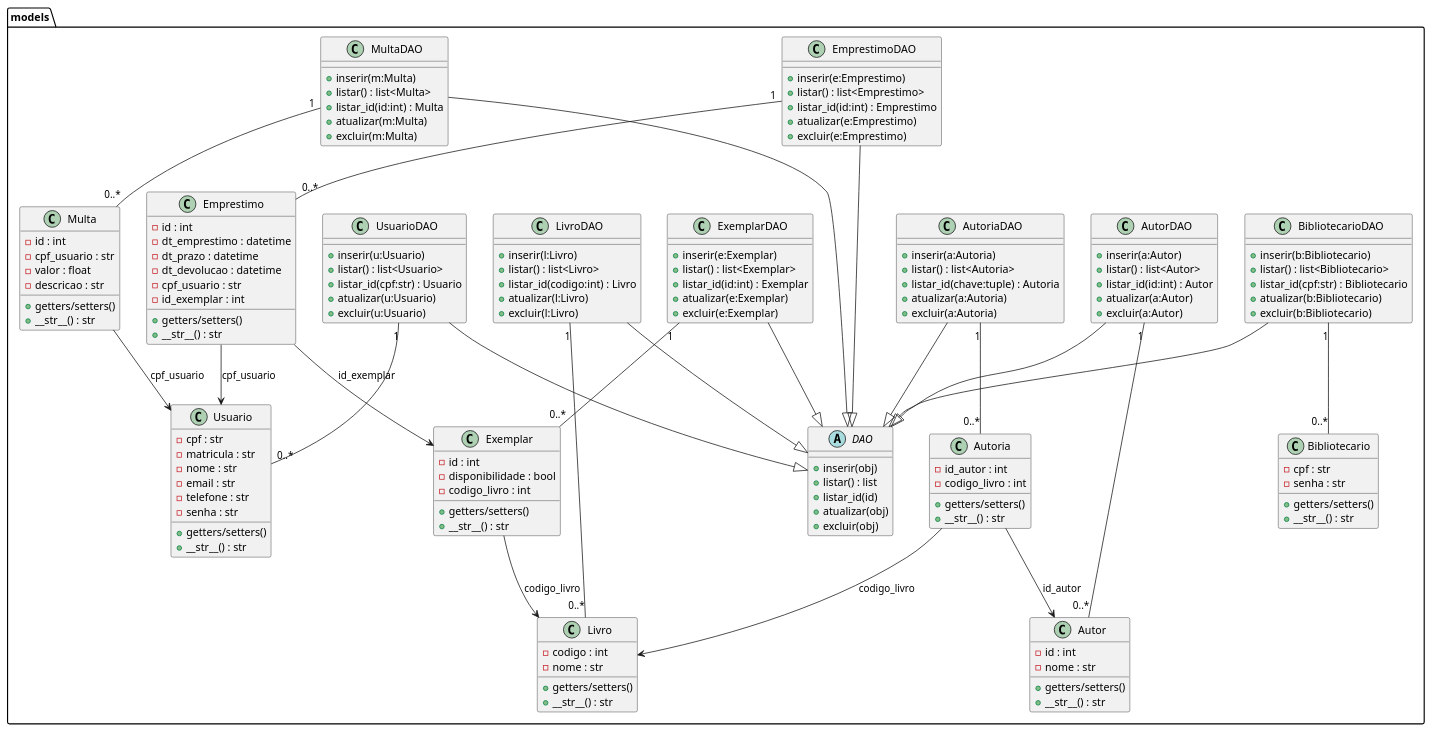
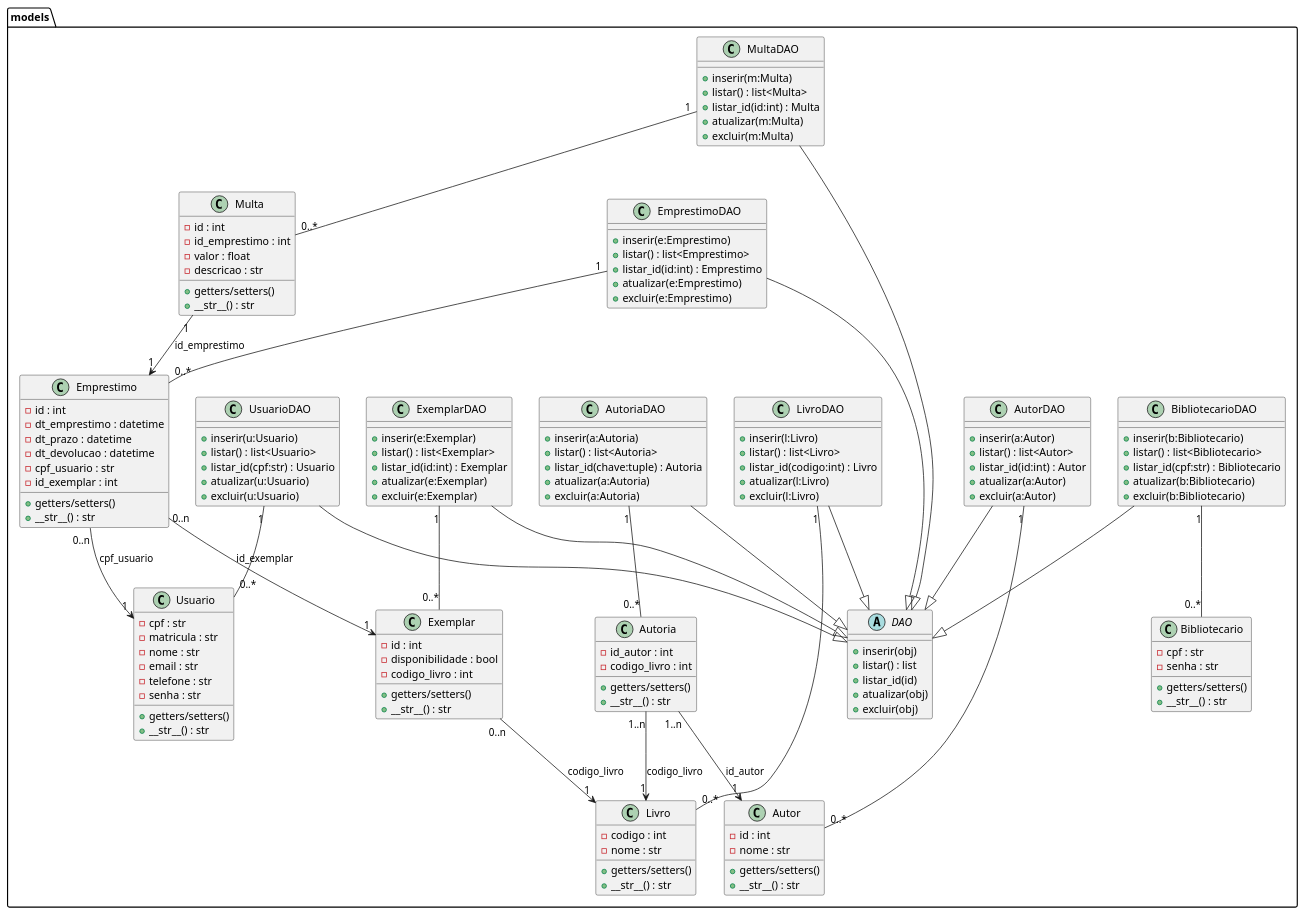
The diagram in docs/diagrama-de-classes/classes_editavel.puml (ViniciusC-Moura/bibliotechv2), drawn with PlantUML before and after one commit. The commit also changed 28 other files, not shown here.

```diff
--- a/docs/diagrama-de-classes/classes_editavel.puml
+++ b/docs/diagrama-de-classes/classes_editavel.puml
@@ -1,177 +1,177 @@
 @startuml
 
 package "models" {
 
   class Bibliotecario {
     - cpf : str
     - senha : str
     + getters/setters()
     + __str__() : str
   }
 
   class Usuario {
     - cpf : str
     - matricula : str
     - nome : str
     - email : str
     - telefone : str
     - senha : str
     + getters/setters()
     + __str__() : str
   }
 
   class Autor {
     - id : int
     - nome : str
     + getters/setters()
     + __str__() : str
   }
 
   class Livro {
     - codigo : int
     - nome : str
     + getters/setters()
     + __str__() : str
   }
 
   class Autoria {
     - id_autor : int
     - codigo_livro : int
     + getters/setters()
     + __str__() : str
   }
 
   class Exemplar {
     - id : int
     - disponibilidade : bool
     - codigo_livro : int
     + getters/setters()
     + __str__() : str
   }
 
   class Emprestimo {
     - id : int
     - dt_emprestimo : datetime
     - dt_prazo : datetime
     - dt_devolucao : datetime
     - cpf_usuario : str
     - id_exemplar : int
     + getters/setters()
     + __str__() : str
   }
 
   class Multa {
     - id : int
-    - cpf_usuario : str
+    - id_emprestimo : int
     - valor : float
     - descricao : str
     + getters/setters()
     + __str__() : str
   }
 
   abstract class DAO {
     + inserir(obj)
     + listar() : list
     + listar_id(id)
     + atualizar(obj)
     + excluir(obj)
   }
 
   class BibliotecarioDAO {
     + inserir(b:Bibliotecario)
     + listar() : list<Bibliotecario>
     + listar_id(cpf:str) : Bibliotecario
     + atualizar(b:Bibliotecario)
     + excluir(b:Bibliotecario)
   }
 
   class UsuarioDAO {
     + inserir(u:Usuario)
     + listar() : list<Usuario>
     + listar_id(cpf:str) : Usuario
     + atualizar(u:Usuario)
     + excluir(u:Usuario)
   }
 
   class AutorDAO {
     + inserir(a:Autor)
     + listar() : list<Autor>
     + listar_id(id:int) : Autor
     + atualizar(a:Autor)
     + excluir(a:Autor)
   }
 
   class LivroDAO {
     + inserir(l:Livro)
     + listar() : list<Livro>
     + listar_id(codigo:int) : Livro
     + atualizar(l:Livro)
     + excluir(l:Livro)
   }
 
   class AutoriaDAO {
     + inserir(a:Autoria)
     + listar() : list<Autoria>
     + listar_id(chave:tuple) : Autoria
     + atualizar(a:Autoria)
     + excluir(a:Autoria)
   }
 
   class ExemplarDAO {
     + inserir(e:Exemplar)
     + listar() : list<Exemplar>
     + listar_id(id:int) : Exemplar
     + atualizar(e:Exemplar)
     + excluir(e:Exemplar)
   }
 
   class EmprestimoDAO {
     + inserir(e:Emprestimo)
     + listar() : list<Emprestimo>
     + listar_id(id:int) : Emprestimo
     + atualizar(e:Emprestimo)
     + excluir(e:Emprestimo)
   }
 
   class MultaDAO {
     + inserir(m:Multa)
     + listar() : list<Multa>
     + listar_id(id:int) : Multa
     + atualizar(m:Multa)
     + excluir(m:Multa)
   }
 
   BibliotecarioDAO --|> DAO
   UsuarioDAO --|> DAO
   AutorDAO --|> DAO
   LivroDAO --|> DAO
   AutoriaDAO --|> DAO
   ExemplarDAO --|> DAO
   EmprestimoDAO --|> DAO
   MultaDAO --|> DAO
 }
 
 '==========================
 ' RELAÇÕES ENTRE ENTIDADES
 '==========================
 
 BibliotecarioDAO "1" -- "0..*" Bibliotecario
 UsuarioDAO "1" -- "0..*" Usuario
 AutorDAO "1" -- "0..*" Autor
 LivroDAO "1" -- "0..*" Livro
 AutoriaDAO "1" -- "0..*" Autoria
 ExemplarDAO "1" -- "0..*" Exemplar
 EmprestimoDAO "1" -- "0..*" Emprestimo
 MultaDAO "1" -- "0..*" Multa
 
-Emprestimo --> Usuario : cpf_usuario
-Emprestimo --> Exemplar : id_exemplar
+Emprestimo "0..n" --> "1" Usuario : cpf_usuario
+Emprestimo "0..n" --> "1" Exemplar : id_exemplar
 
-Exemplar --> Livro : codigo_livro
+Exemplar "0..n" --> "1" Livro : codigo_livro
 
-Autoria --> Autor : id_autor
-Autoria --> Livro : codigo_livro
+Autoria "1..n" --> "1" Autor : id_autor
+Autoria "1..n" --> "1" Livro : codigo_livro
 
-Multa --> Usuario : cpf_usuario
+Multa "1" --> "1" Emprestimo : id_emprestimo
 
 @enduml
```
